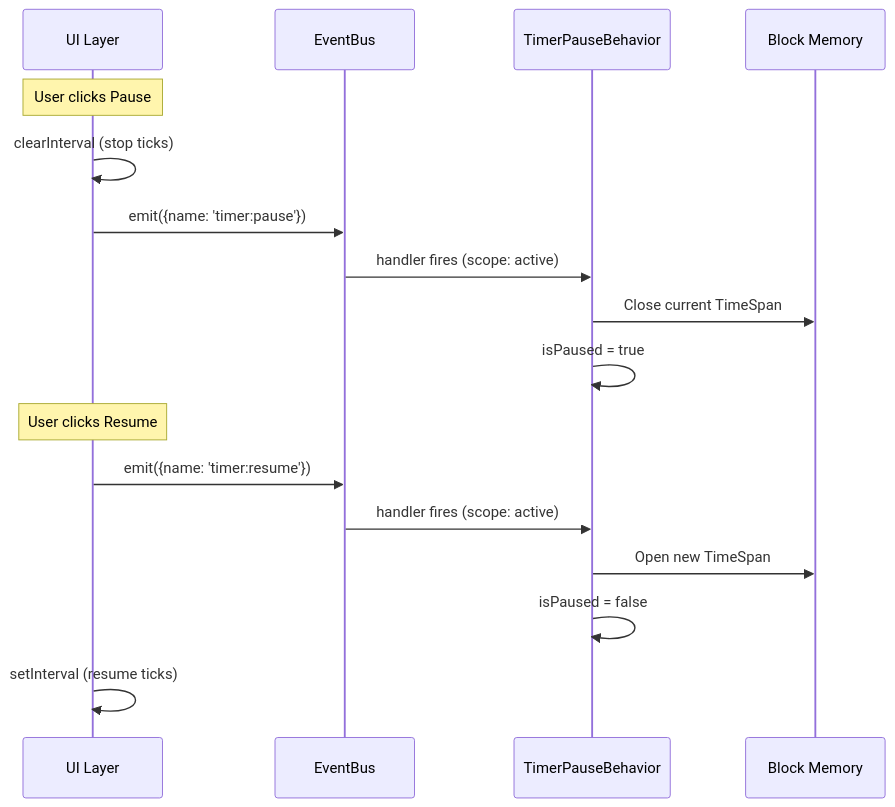
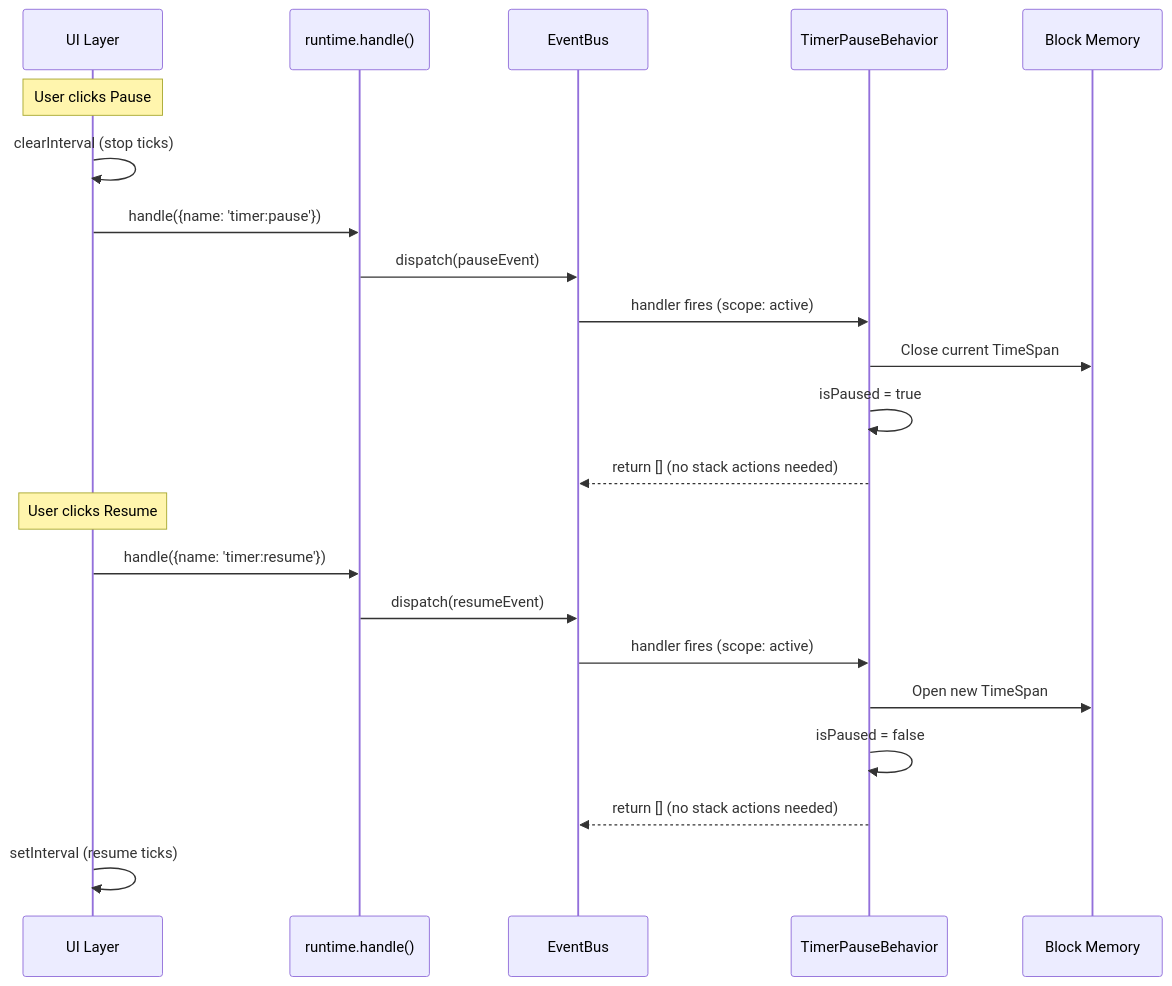
One commit to SergeiGolos/wod-wiki changed diagram 12 of 13 in docs/runtime-state-machine.md. Above: the diagram before and after it, drawn with Mermaid. The commit also changed other lines of this file and 1 other file, not shown here.

First line of the commit message:
Update state machine doc to align with runtime vision; add alignment gap analysis

````diff
--- a/docs/runtime-state-machine.md
+++ b/docs/runtime-state-machine.md
@@ -495,21 +587,26 @@
 ```mermaid
 sequenceDiagram
     participant UI as UI Layer
+    participant RT as runtime.handle()
     participant EB as EventBus
     participant TPB as TimerPauseBehavior
     participant MEM as Block Memory
 
     Note over UI: User clicks Pause
     UI->>UI: clearInterval (stop ticks)
-    UI->>EB: emit({name: 'timer:pause'})
+    UI->>RT: handle({name: 'timer:pause'})
+    RT->>EB: dispatch(pauseEvent)
     EB->>TPB: handler fires (scope: active)
     TPB->>MEM: Close current TimeSpan
     TPB->>TPB: isPaused = true
+    TPB-->>EB: return [] (no stack actions needed)
 
     Note over UI: User clicks Resume
-    UI->>EB: emit({name: 'timer:resume'})
+    UI->>RT: handle({name: 'timer:resume'})
+    RT->>EB: dispatch(resumeEvent)
     EB->>TPB: handler fires (scope: active)
     TPB->>MEM: Open new TimeSpan
     TPB->>TPB: isPaused = false
+    TPB-->>EB: return [] (no stack actions needed)
     UI->>UI: setInterval (resume ticks)
 ```
````
